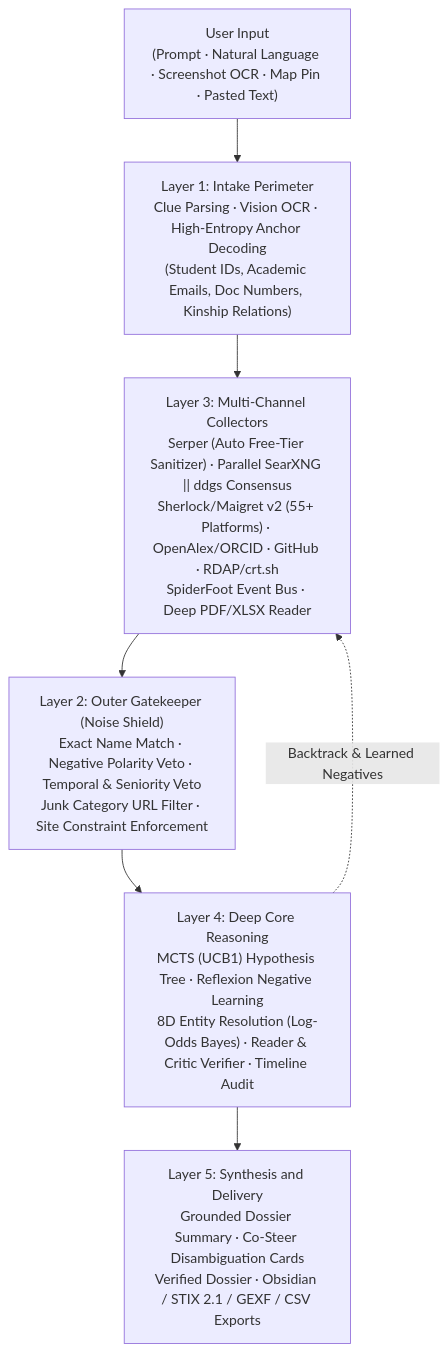
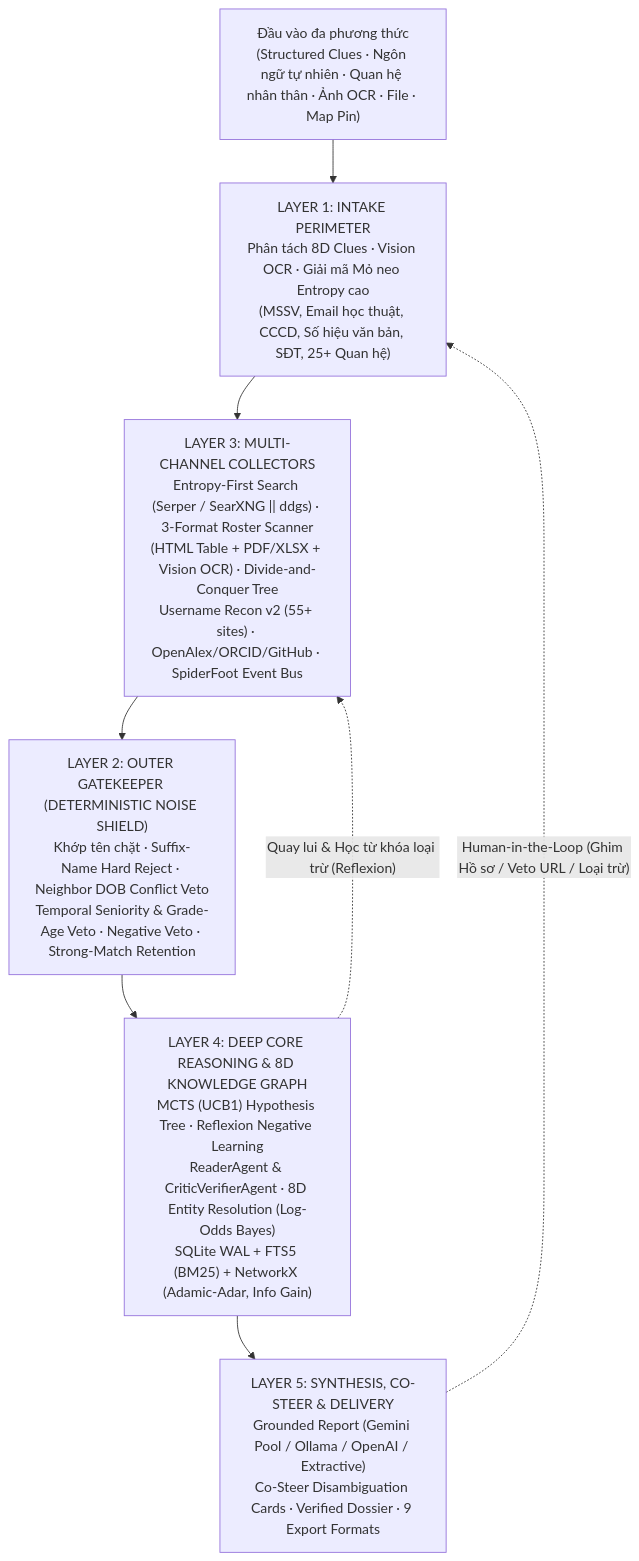
One commit to MtamVP/Dupin changed the diagram in README.md. Above: the diagram before and after it, drawn with Mermaid. The commit also changed other lines of this file and 34 other files, not shown here.

````diff
--- a/README.md
+++ b/README.md
@@ -25,12 +37,13 @@
 ```mermaid
 flowchart TD
-  Input["User Input\n(Prompt · Natural Language · Screenshot OCR · Map Pin · Pasted Text)"]
-  L1["Layer 1: Intake Perimeter\nClue Parsing · Vision OCR · High-Entropy Anchor Decoding\n(Student IDs, Academic Emails, Doc Numbers, Kinship Relations)"]
-  L2["Layer 2: Outer Gatekeeper (Noise Shield)\nExact Name Match · Negative Polarity Veto · Temporal & Seniority Veto\nJunk Category URL Filter · Site Constraint Enforcement"]
-  L3["Layer 3: Multi-Channel Collectors\nSerper (Auto Free-Tier Sanitizer) · Parallel SearXNG || ddgs Consensus\nSherlock/Maigret v2 (55+ Platforms) · OpenAlex/ORCID · GitHub · RDAP/crt.sh\nSpiderFoot Event Bus · Deep PDF/XLSX Reader"]
-  L4["Layer 4: Deep Core Reasoning\nMCTS (UCB1) Hypothesis Tree · Reflexion Negative Learning\n8D Entity Resolution (Log-Odds Bayes) · Reader & Critic Verifier · Timeline Audit"]
-  L5["Layer 5: Synthesis and Delivery\nGrounded Dossier Summary · Co-Steer Disambiguation Cards\nVerified Dossier · Obsidian / STIX 2.1 / GEXF / CSV Exports"]
+  Input["Đầu vào đa phương thức\n(Structured Clues · Ngôn ngữ tự nhiên · Quan hệ nhân thân · Ảnh OCR · File · Map Pin)"]
+  L1["LAYER 1: INTAKE PERIMETER\nPhân tách 8D Clues · Vision OCR · Giải mã Mỏ neo Entropy cao\n(MSSV, Email học thuật, CCCD, Số hiệu văn bản, SĐT, 25+ Quan hệ)"]
+  L3["LAYER 3: MULTI-CHANNEL COLLECTORS\nEntropy-First Search (Serper / SearXNG || ddgs) · 3-Format Roster Scanner\n(HTML Table + PDF/XLSX + Vision OCR) · Divide-and-Conquer Tree\nUsername Recon v2 (55+ sites) · OpenAlex/ORCID/GitHub · SpiderFoot Event Bus"]
+  L2["LAYER 2: OUTER GATEKEEPER (DETERMINISTIC NOISE SHIELD)\nKhớp tên chặt · Suffix-Name Hard Reject · Neighbor DOB Conflict Veto\nTemporal Seniority & Grade-Age Veto · Negative Veto · Strong-Match Retention"]
+  L4["LAYER 4: DEEP CORE REASONING & 8D KNOWLEDGE GRAPH\nMCTS (UCB1) Hypothesis Tree · Reflexion Negative Learning\nReaderAgent & CriticVerifierAgent · 8D Entity Resolution (Log-Odds Bayes)\nSQLite WAL + FTS5 (BM25) + NetworkX (Adamic-Adar, Info Gain)"]
+  L5["LAYER 5: SYNTHESIS, CO-STEER & DELIVERY\nGrounded Report (Gemini Pool / Ollama / OpenAI / Extractive)\nCo-Steer Disambiguation Cards · Verified Dossier · 9 Export Formats"]
 
   Input --> L1 --> L3 --> L2 --> L4 --> L5
-  L4 -. "Backtrack & Learned Negatives" .-> L3
+  L4 -. "Quay lui & Học từ khóa loại trừ (Reflexion)" .-> L3
+  L5 -. "Human-in-the-Loop (Ghim Hồ sơ / Veto URL / Loại trừ)" .-> L1
 ```
````
